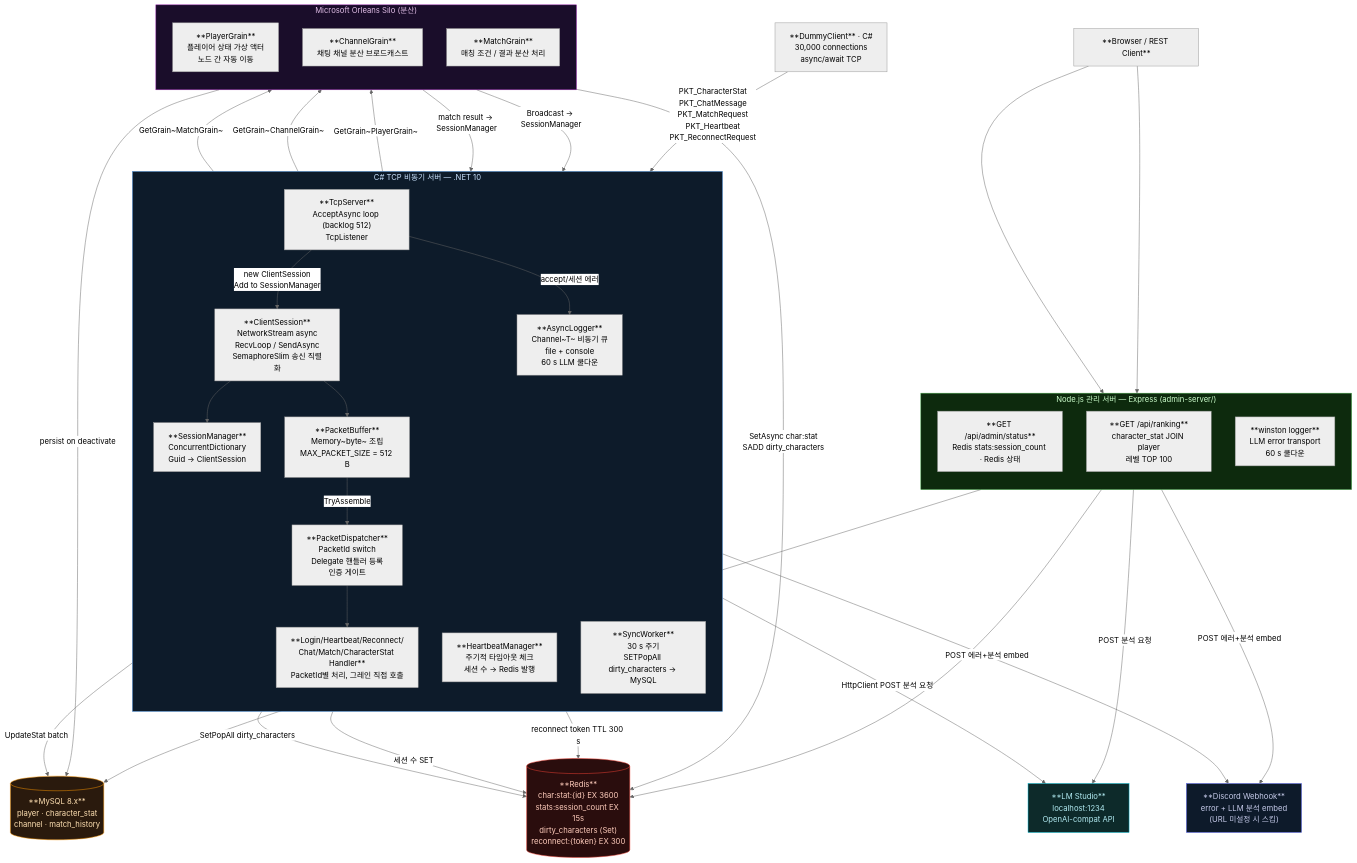
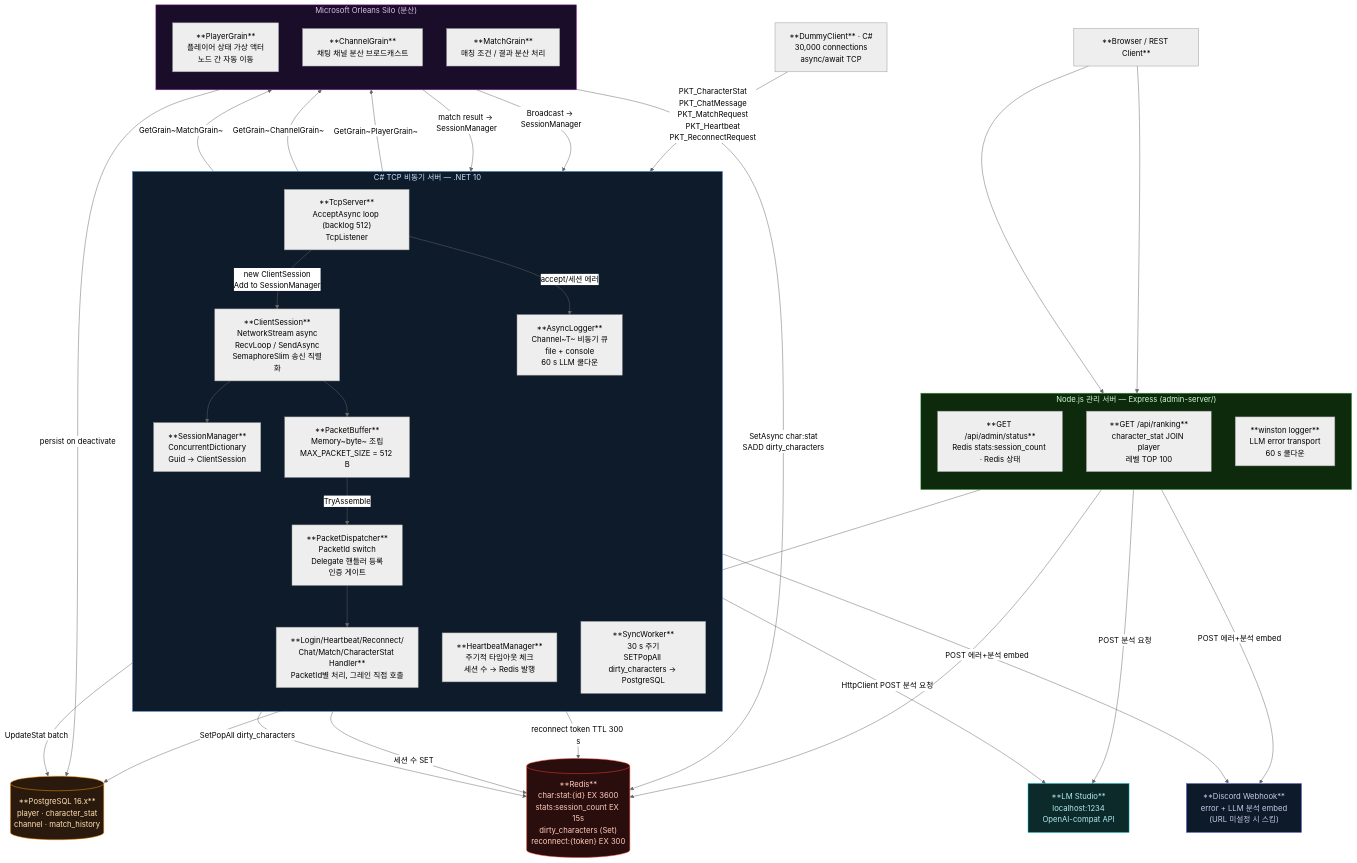
One commit to Sewqp/GAME-Server-CSharp changed the second of 2 diagrams in README.md. Above: the diagram before and after it, drawn with Mermaid (neutral theme). The commit also changed other lines of this file and 15 other files, not shown here.

First line of the commit message:
refactor: MySQL → PostgreSQL 전환

````diff
--- a/README.md
+++ b/README.md
@@ -148,72 +148,72 @@
 ```mermaid
 flowchart TD
     DC["**DummyClient** · C#\n30,000 connections\nasync/await TCP"]
     Browser["**Browser / REST Client**"]
 
     subgraph TCP["  C# TCP 비동기 서버 — .NET 10  "]
         direction TB
         TS["**TcpServer**\nAcceptAsync loop (backlog 512)\nTcpListener"]
         CS["**ClientSession**\nNetworkStream async\nRecvLoop / SendAsync\nSemaphoreSlim 송신 직렬화"]
         SM["**SessionManager**\nConcurrentDictionary\nGuid → ClientSession"]
         PB["**PacketBuffer**\nMemory~byte~ 조립\nMAX_PACKET_SIZE = 512 B"]
         PD["**PacketDispatcher**\nPacketId switch\nDelegate 핸들러 등록\n인증 게이트"]
         HANDLERS["**Login/Heartbeat/Reconnect/\nChat/Match/CharacterStat Handler**\nPacketId별 처리, 그레인 직접 호출"]
         HB["**HeartbeatManager**\n주기적 타임아웃 체크\n세션 수 → Redis 발행"]
-        SYNC["**SyncWorker**\n30 s 주기\nSETPopAll dirty_characters → MySQL"]
+        SYNC["**SyncWorker**\n30 s 주기\nSETPopAll dirty_characters → PostgreSQL"]
         LOG["**AsyncLogger**\nChannel~T~ 비동기 큐\nfile + console\n60 s LLM 쿨다운"]
     end
 
     subgraph ORLEANS["  Microsoft Orleans Silo (분산)  "]
         direction TB
         PG["**PlayerGrain**\n플레이어 상태 가상 액터\n노드 간 자동 이동"]
         CG["**ChannelGrain**\n채팅 채널 분산 브로드캐스트"]
         MG["**MatchGrain**\n매칭 조건 / 결과 분산 처리"]
     end
 
     subgraph NODE["  Node.js 관리 서버 — Express (admin-server/)  "]
         direction TB
         ADMIN["**GET /api/admin/status**\nRedis stats:session_count · Redis 상태"]
         RANK["**GET /api/ranking**\ncharacter_stat JOIN player\n레벨 TOP 100"]
         NLOG["**winston logger**\nLLM error transport\n60 s 쿨다운"]
     end
 
-    MySQL[("**MySQL 8.x**\nplayer · character_stat\nchannel · match_history")]
+    Postgres[("**PostgreSQL 16.x**\nplayer · character_stat\nchannel · match_history")]
     RedisDB[("**Redis**\nchar:stat:{id} EX 3600\nstats:session_count EX 15s\ndirty_characters (Set)\nreconnect:{token} EX 300")]
     LM["**LM Studio**\nlocalhost:1234\nOpenAI-compat API"]
     Discord["**Discord Webhook**\nerror + LLM 분석 embed\n(URL 미설정 시 스킵)"]
 
     DC -->|"PKT_CharacterStat\nPKT_ChatMessage\nPKT_MatchRequest\nPKT_Heartbeat\nPKT_ReconnectRequest"| TS
     TS -->|"new ClientSession\nAdd to SessionManager"| CS
     TS -->|"accept/세션 에러"| LOG
     CS --> SM
     CS --> PB
     PB -->|"TryAssemble"| PD
     PD --> HANDLERS
     HANDLERS -->|"GetGrain~PlayerGrain~"| PG
     HANDLERS -->|"GetGrain~ChannelGrain~"| CG
     HANDLERS -->|"GetGrain~MatchGrain~"| MG
     HANDLERS -->|"reconnect token TTL 300 s"| RedisDB
     PG -->|"SetAsync char:stat\nSADD dirty_characters"| RedisDB
-    PG -->|"persist on deactivate"| MySQL
+    PG -->|"persist on deactivate"| Postgres
     CG -->|"Broadcast → SessionManager"| SM
     MG -->|"match result → SessionManager"| SM
     HB -->|"세션 수 SET"| RedisDB
     SYNC -->|"SetPopAll dirty_characters"| RedisDB
-    SYNC -->|"UpdateStat batch"| MySQL
+    SYNC -->|"UpdateStat batch"| Postgres
     LOG -->|"HttpClient POST 분석 요청"| LM
     LOG -->|"POST 에러+분석 embed"| Discord
     Browser --> ADMIN
     Browser --> RANK
     ADMIN --> RedisDB
-    RANK --> MySQL
+    RANK --> Postgres
     NLOG -->|"POST 분석 요청"| LM
     NLOG -->|"POST 에러+분석 embed"| Discord
 
     style TCP fill:#0d1b2a,stroke:#4a90d9,color:#cce4ff
     style ORLEANS fill:#1a0d2a,stroke:#9c27b0,color:#e1bee7
     style NODE fill:#0d2a0d,stroke:#4caf50,color:#ccffcc
-    style MySQL fill:#2a1a0d,stroke:#ff9800,color:#ffe0b2
+    style Postgres fill:#2a1a0d,stroke:#ff9800,color:#ffe0b2
     style RedisDB fill:#2a0d0d,stroke:#f44336,color:#ffccbc
     style LM fill:#0d2a2a,stroke:#00bcd4,color:#b2ebf2
     style Discord fill:#0d1a2a,stroke:#5865f2,color:#c5cae9
 ```
````
